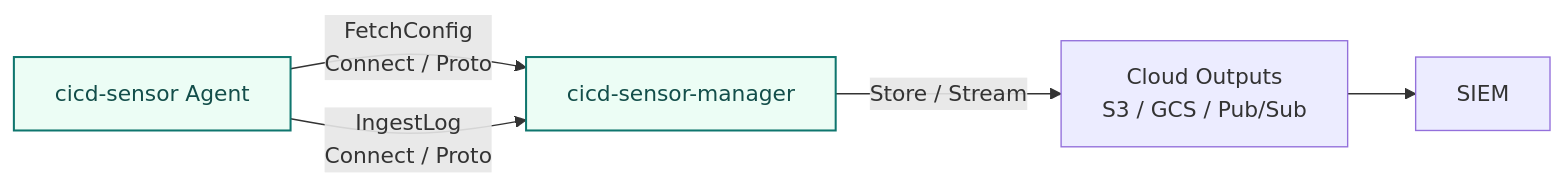
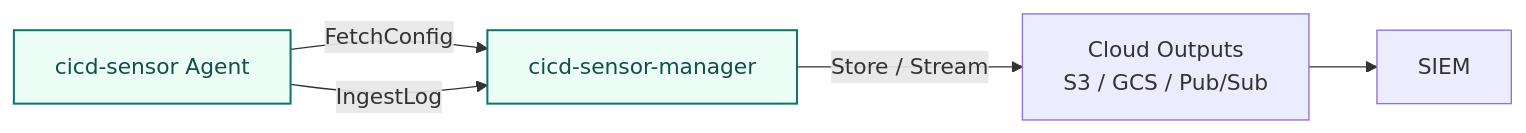
Before and after one commit to cicd-sensor/cicd-sensor: the diagram in docs/user-guide/manager.md, drawn with Mermaid. The commit also changed other lines of this file, not shown here.

Commit message:
docs: drop protocol-stack detail from manager overview

````diff
--- a/docs/user-guide/manager.md
+++ b/docs/user-guide/manager.md
@@ -8,15 +8,15 @@
 ```mermaid
 flowchart LR
     AGENT["cicd-sensor Agent"]
     MANAGER["cicd-sensor-manager"]
     CLOUD["Cloud Outputs<br/>S3 / GCS / Pub/Sub"]
     SIEM["SIEM"]
 
-    AGENT -->|"FetchConfig<br/>Connect / Proto"| MANAGER
-    AGENT -->|"IngestLog<br/>Connect / Proto"| MANAGER
+    AGENT -->|"FetchConfig"| MANAGER
+    AGENT -->|"IngestLog"| MANAGER
     MANAGER -->|"Store / Stream"| CLOUD
     CLOUD --> SIEM
 
     classDef cicdSensor fill:#ecfdf5,stroke:#0f766e,color:#134e4a,stroke-width:1.5px;
     class AGENT,MANAGER cicdSensor
 ```
````
